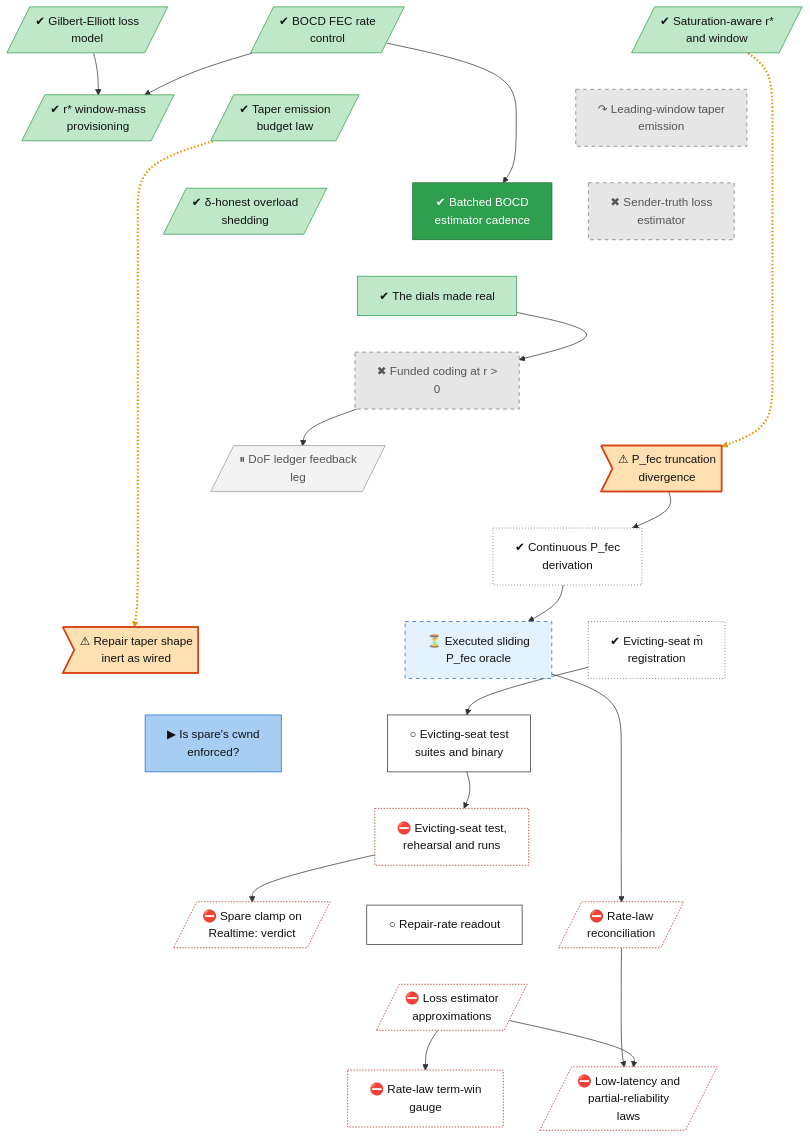
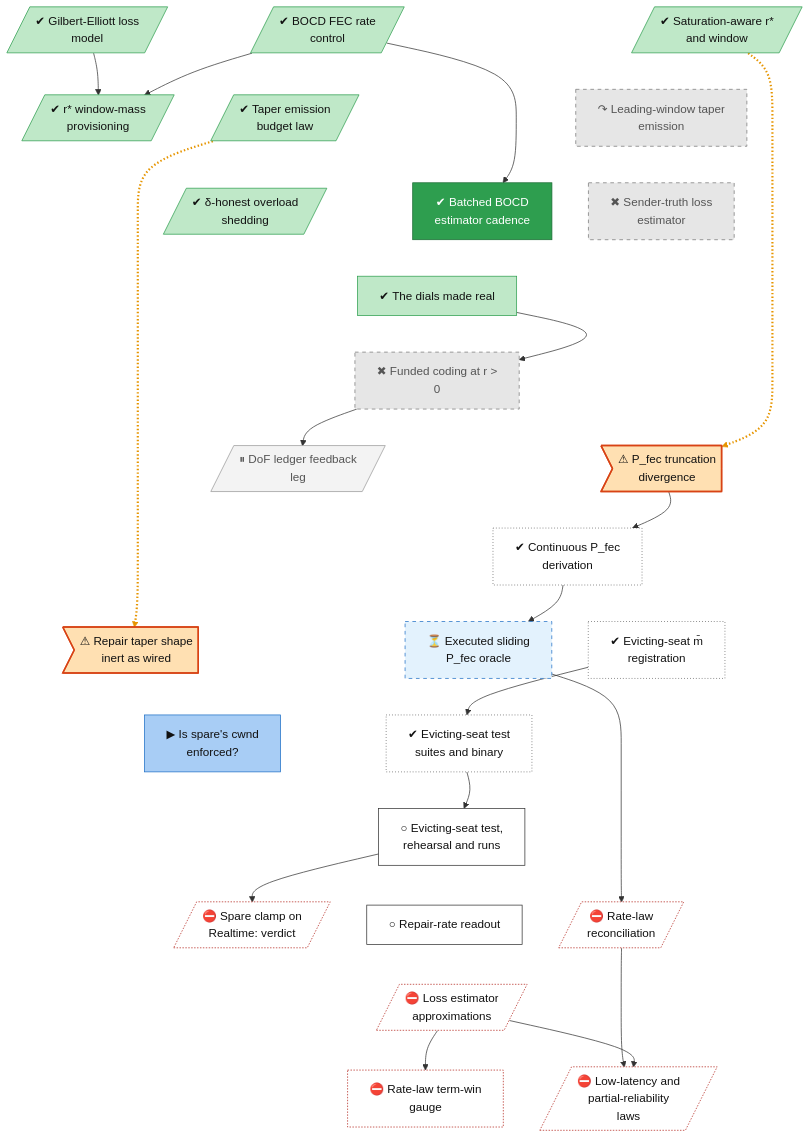
The diagram in docs/roadmap/tracks/rate.md (lhns/raptorpath), drawn with Mermaid before and after one commit. The commit also changed other lines of this file and 6 other files, not shown here.

First line of the commit message:
wip: §51 Amendments 4-5 and roadmap (test lines pending)

````diff
--- a/docs/roadmap/tracks/rate.md
+++ b/docs/roadmap/tracks/rate.md
@@ -27,8 +27,8 @@
     rate_defect_taper_inert>"⚠ Repair taper shape<br/>inert as wired"]
     rate_evict_registration["✔ Evicting-seat m̄<br/>registration"]
     rate_spare_cwnd["▶ Is spare's cwnd<br/>enforced?"]
-    rate_evict_epre["○ Evicting-seat test<br/>suites and binary"]
-    rate_evict_session["⛔ Evicting-seat test,<br/>rehearsal and runs"]
+    rate_evict_epre["✔ Evicting-seat test<br/>suites and binary"]
+    rate_evict_session["○ Evicting-seat test,<br/>rehearsal and runs"]
     rate_spare_clamp_verdict[/"⛔ Spare clamp on<br/>Realtime: verdict"/]
     rate_fix_rate_readout["○ Repair-rate readout"]
     rate_law_reconcile[/"⛔ Rate-law<br/>reconciliation"/]
@@ -100,9 +100,9 @@
     class rate_est_cadence vsucc
     class rate_dof_ledger parked
     class rate_defect_pfec,rate_defect_taper_inert defect
-    class rate_pfec_continuous,rate_evict_registration unrated
+    class rate_pfec_continuous,rate_evict_registration,rate_evict_epre unrated
     class rate_pfec_oracle waiting
     class rate_spare_cwnd inprog
-    class rate_evict_epre,rate_fix_rate_readout next
-    class rate_evict_session,rate_spare_clamp_verdict,rate_law_reconcile,rate_fix_estimators,rate_fix_term_gauge,rate_fix_rho_realtime blocked
+    class rate_evict_session,rate_fix_rate_readout next
+    class rate_spare_clamp_verdict,rate_law_reconcile,rate_fix_estimators,rate_fix_term_gauge,rate_fix_rho_realtime blocked
 ```
````
